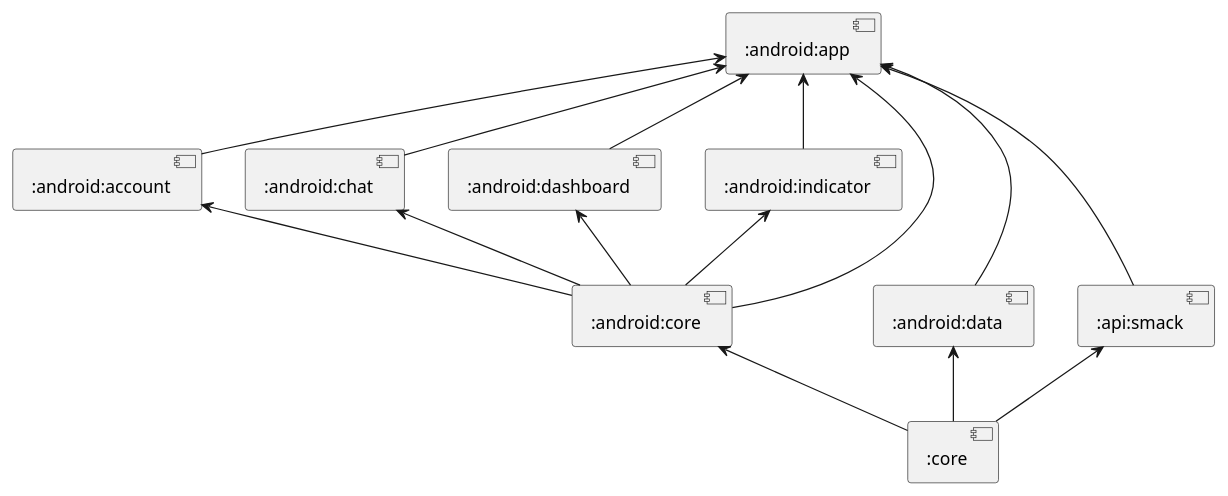
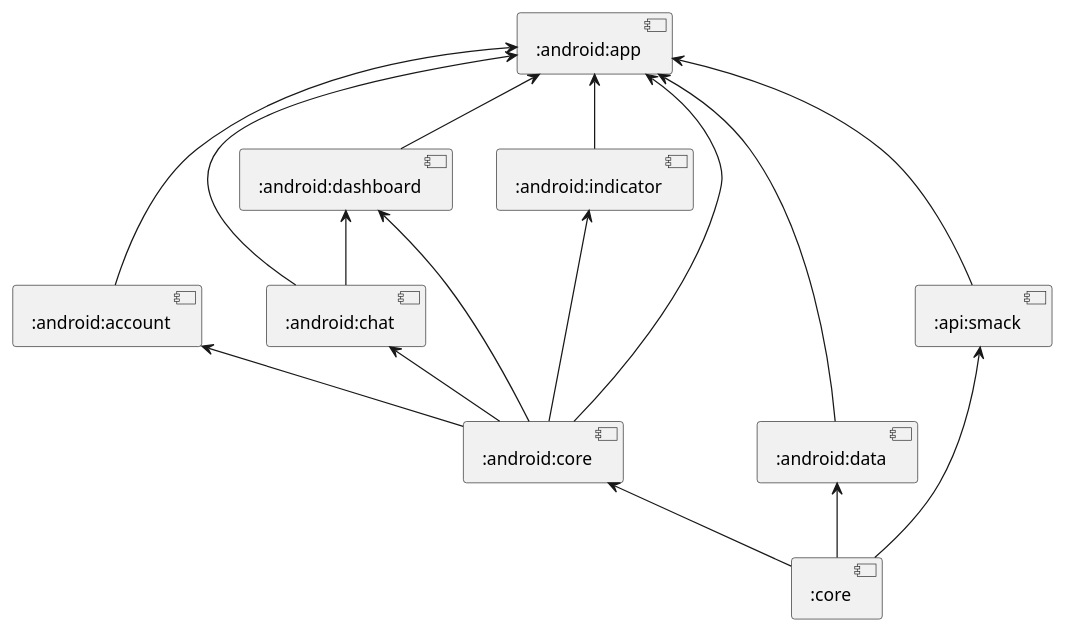
One commit to cryptopunkscc/crypton changed the diagram in android/components.puml. Above: the diagram before and after it, drawn with PlantUML. The commit also changed 34 other files, not shown here.

```diff
--- a/android/components.puml
+++ b/android/components.puml
@@ -1,30 +1,31 @@
 @startuml
 
 [:android:app]
 [:android:account]
 [:android:chat]
 [:android:dashboard]
 [:android:indicator]
 [:android:core]
 [:android:data]
 [:api:smack]
 
 [:android:app] <-- [:android:core]
 [:android:account] <-- [:android:core]
 [:android:chat] <-- [:android:core]
 [:android:dashboard] <-- [:android:core]
+[:android:dashboard] <-- [:android:chat]
 [:android:indicator] <-- [:android:core]
 
 [:android:app] <-- [:android:account]
 [:android:app] <-- [:android:chat]
 [:android:app] <-- [:android:dashboard]
 [:android:app] <-- [:android:indicator]
 [:android:app] <-- [:android:data]
 [:android:app] <-- [:api:smack]
 
 [:android:core] <-- [:core]
 [:android:data] <-- [:core]
 [:api:smack] <-- [:core]
 
 
 @enduml
```
